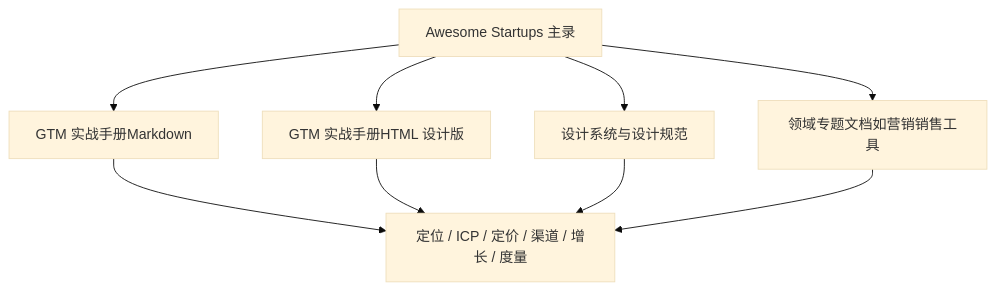
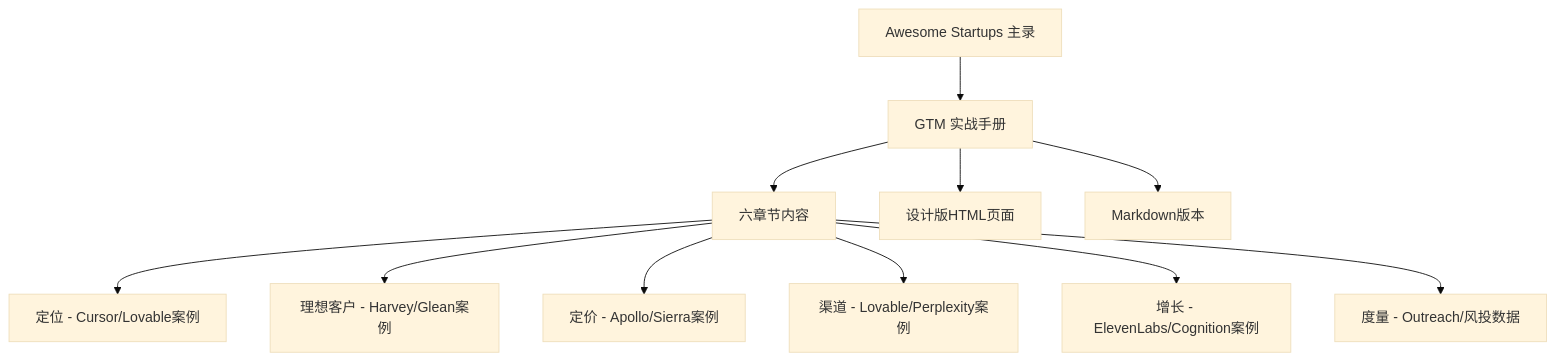
One commit to allengaller/awesome-startups changed the diagram in .qoder/repowiki/zh/content/项目概述/Go-To-Market 方法论框架.md. Above: the diagram before and after it, drawn with Mermaid (base theme). The commit also changed other lines of this file and 113 other files, not shown here.

````diff
--- a/.qoder/repowiki/zh/content/项目概述/Go-To-Market 方法论框架.md
+++ b/.qoder/repowiki/zh/content/项目概述/Go-To-Market 方法论框架.md
@@ -31,11 +42,13 @@
 ```mermaid
 graph TB
-A["Awesome Startups 主录"] --> B["GTM 实战手册Markdown"]
-A --> C["GTM 实战手册HTML 设计版"]
-A --> D["设计系统与设计规范"]
-A --> E["领域专题文档如营销销售工具"]
-B --> F["定位 / ICP / 定价 / 渠道 / 增长 / 度量"]
-C --> F
-D --> F
-E --> F
+A["Awesome Startups 主录"] --> B["GTM 实战手册"]
+B --> C["六章节内容"]
+C --> D["定位 - Cursor/Lovable案例"]
+C --> E["理想客户 - Harvey/Glean案例"]
+C --> F["定价 - Apollo/Sierra案例"]
+C --> G["渠道 - Lovable/Perplexity案例"]
+C --> H["增长 - ElevenLabs/Cognition案例"]
+C --> I["度量 - Outreach/风投数据"]
+B --> J["设计版HTML页面"]
+B --> K["Markdown版本"]
 ```
````
